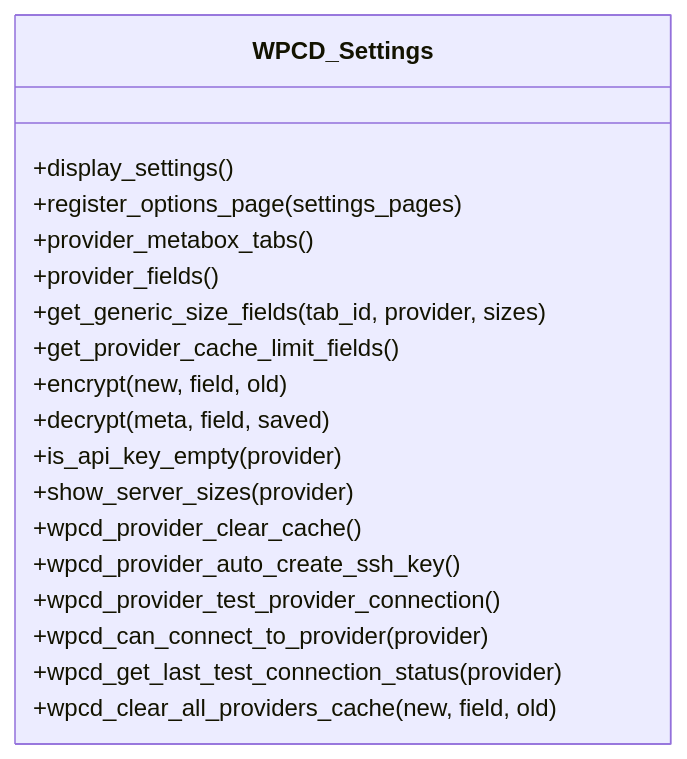
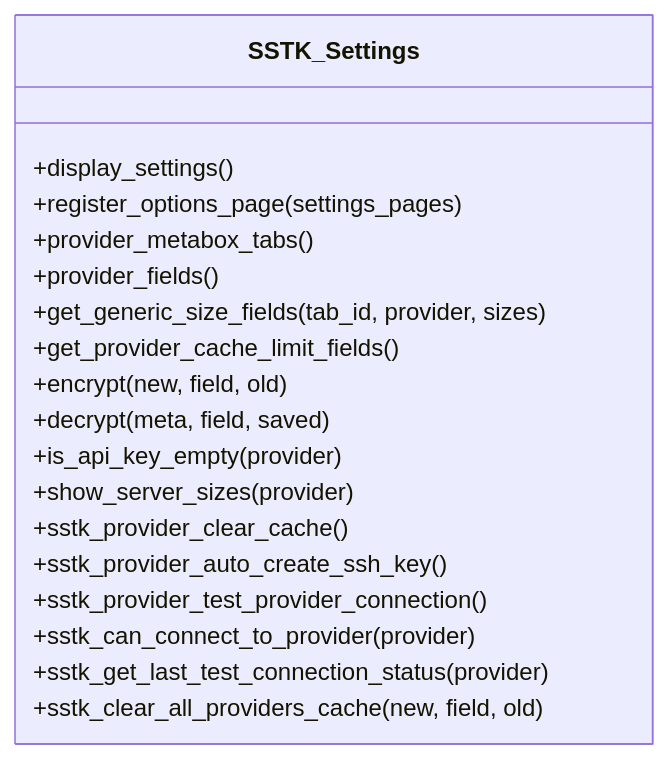
Before and after one commit to onedogsolutions/simple-stack: the third of 8 diagrams in .qoder/repowiki/en/content/Core Components/Settings Management System.md, drawn with Mermaid. The commit also changed other lines of this file and 5941 other files, not shown here.

````diff
--- a/.qoder/repowiki/en/content/Core Components/Settings Management System.md
+++ b/.qoder/repowiki/en/content/Core Components/Settings Management System.md
@@ -130,21 +130,21 @@
 ```mermaid
 classDiagram
-class WPCD_Settings {
+class SSTK_Settings {
 +display_settings()
 +register_options_page(settings_pages)
 +provider_metabox_tabs()
 +provider_fields()
 +get_generic_size_fields(tab_id, provider, sizes)
 +get_provider_cache_limit_fields()
 +encrypt(new, field, old)
 +decrypt(meta, field, saved)
 +is_api_key_empty(provider)
 +show_server_sizes(provider)
-+wpcd_provider_clear_cache()
-+wpcd_provider_auto_create_ssh_key()
-+wpcd_provider_test_provider_connection()
-+wpcd_can_connect_to_provider(provider)
-+wpcd_get_last_test_connection_status(provider)
-+wpcd_clear_all_providers_cache(new, field, old)
++sstk_provider_clear_cache()
++sstk_provider_auto_create_ssh_key()
++sstk_provider_test_provider_connection()
++sstk_can_connect_to_provider(provider)
++sstk_get_last_test_connection_status(provider)
++sstk_clear_all_providers_cache(new, field, old)
 }
 ```
````
